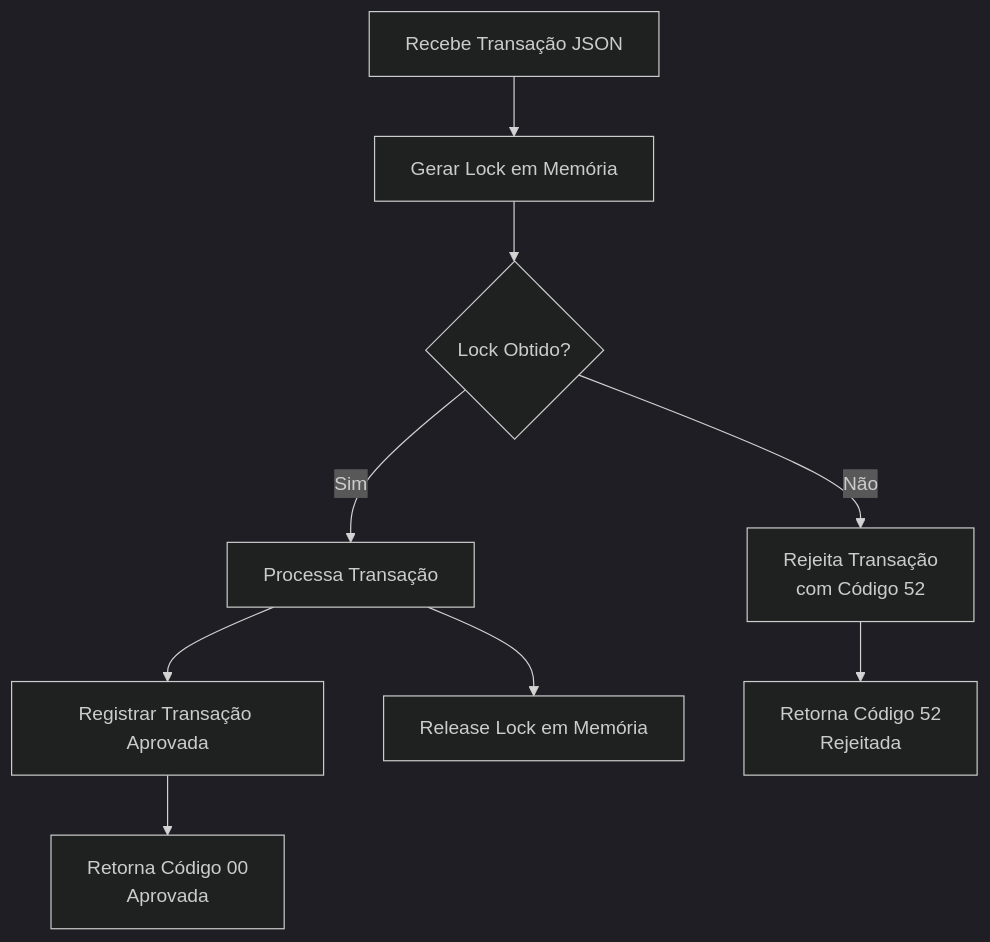
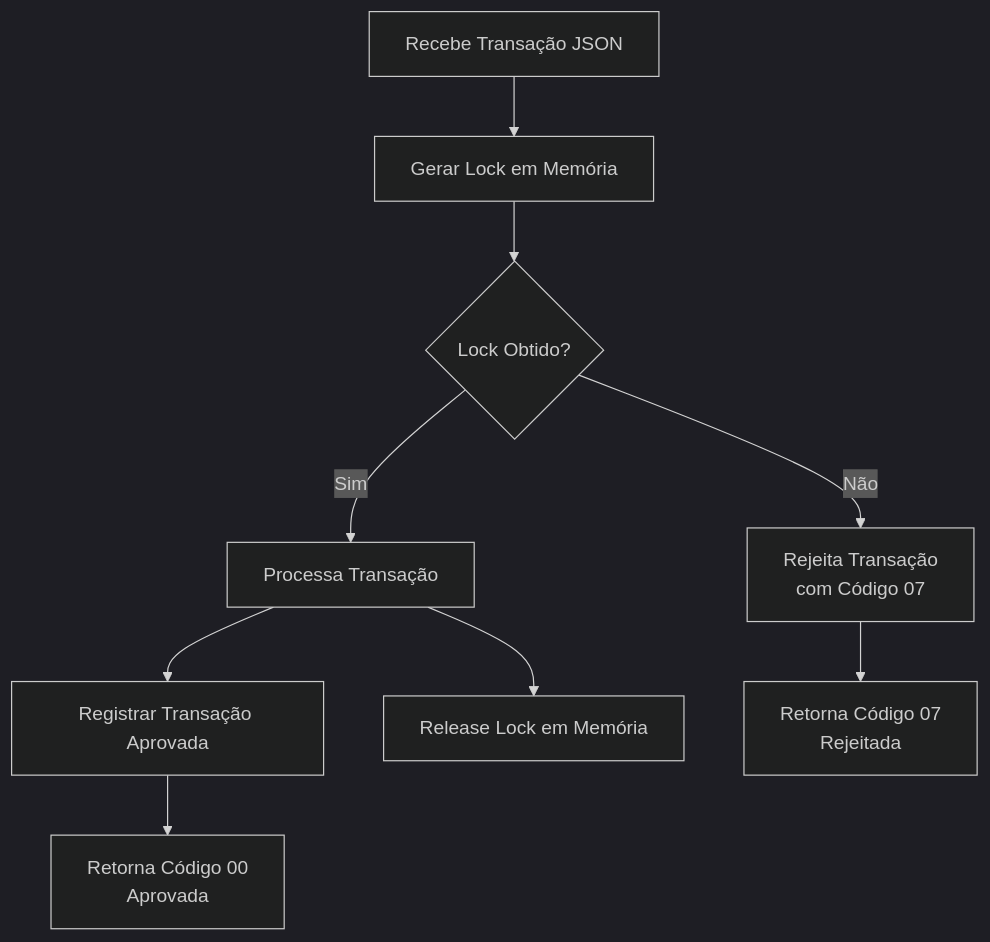
The third of 3 diagrams in README.md (marciovmartins/jtonynet-go-payments-api), drawn with Mermaid (dark theme) before and after one commit.

````diff
--- a/README.md
+++ b/README.md
@@ -522,14 +522,14 @@
 ```mermaid
 flowchart TD
     A[Recebe Transação JSON] --> B[Gerar Lock em Memória]
     B --> C{Lock Obtido?}
     
     C -- Sim --> D[Processa Transação]
     D --> E[Registrar Transação Aprovada]
     D --> F[Release Lock em Memória]
     
-    C -- Não --> G[Rejeita Transação <br/> com Código 52]
+    C -- Não --> G[Rejeita Transação <br/> com Código 07]
     
     E --> H[Retorna Código 00 <br/> Aprovada]
-    G --> I[Retorna Código 52 <br/> Rejeitada]
+    G --> I[Retorna Código 07 <br/> Rejeitada]
 ```
````
